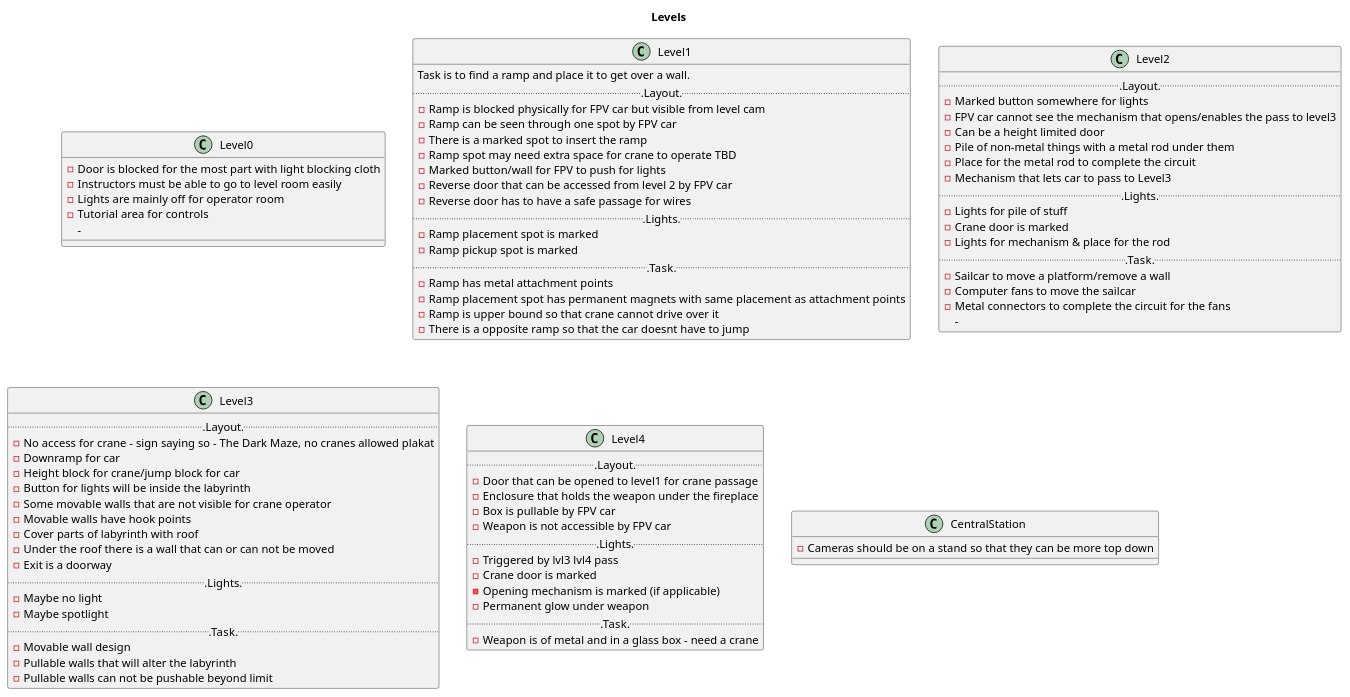
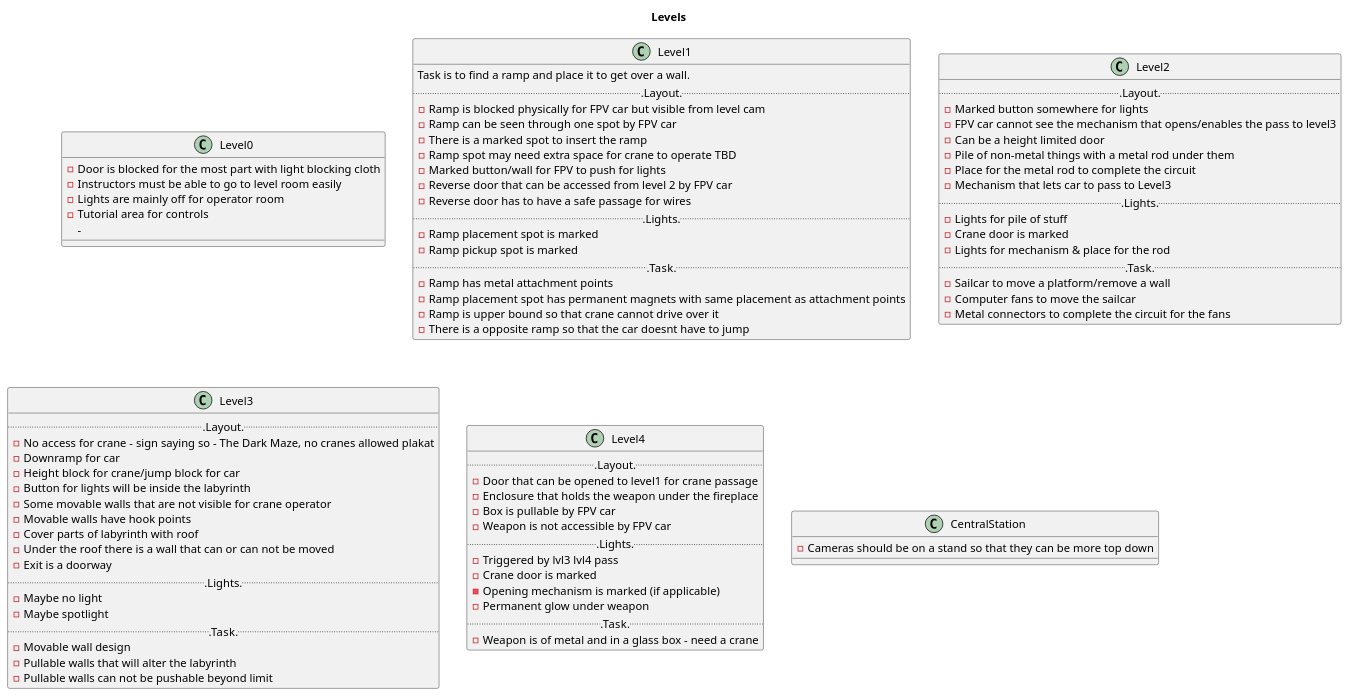
Before and after one commit to jellosubmarine/nimbus: the diagram in docs/diagrams/levels.puml, drawn with PlantUML. The commit also changed 1 other file, not shown here.

```diff
--- a/docs/diagrams/levels.puml
+++ b/docs/diagrams/levels.puml
@@ -1,90 +1,89 @@
 @startuml levels
 title Levels
 
 class Level0 {
   - Door is blocked for the most part with light blocking cloth
   - Instructors must be able to go to level room easily
   - Lights are mainly off for operator room
   - Tutorial area for controls
   - 
 }
 
 class Level1 {
    Task is to find a ramp and place it to get over a wall.
    ...Layout...
     - Ramp is blocked physically for FPV car but visible from level cam
     - Ramp can be seen through one spot by FPV car 
     - There is a marked spot to insert the ramp
     - Ramp spot may need extra space for crane to operate TBD
     - Marked button/wall for FPV to push for lights
     - Reverse door that can be accessed from level 2 by FPV car
     - Reverse door has to have a safe passage for wires
    ...Lights...
     - Ramp placement spot is marked
     - Ramp pickup spot is marked
    ...Task...
     - Ramp has metal attachment points
     - Ramp placement spot has permanent magnets with same placement as attachment points
     - Ramp is upper bound so that crane cannot drive over it
     - There is a opposite ramp so that the car doesnt have to jump
 }
 class Level2 {
   ...Layout...
     - Marked button somewhere for lights
     - FPV car cannot see the mechanism that opens/enables the pass to level3
     - Can be a height limited door
     - Pile of non-metal things with a metal rod under them
     - Place for the metal rod to complete the circuit
     - Mechanism that lets car to pass to Level3
   ...Lights...
     - Lights for pile of stuff
     - Crane door is marked
     - Lights for mechanism & place for the rod
   ...Task...
     - Sailcar to move a platform/remove a wall
     - Computer fans to move the sailcar
     - Metal connectors to complete the circuit for the fans
-    - 
 }
 class Level3 {
   ...Layout...
     - No access for crane - sign saying so - The Dark Maze, no cranes allowed plakat
     - Downramp for car
     - Height block for crane/jump block for car
     - Button for lights will be inside the labyrinth
     - Some movable walls that are not visible for crane operator
     - Movable walls have hook points
     - Cover parts of labyrinth with roof
     - Under the roof there is a wall that can or can not be moved
     - Exit is a doorway
   ...Lights...
     - Maybe no light
     - Maybe spotlight
   ...Task...
     - Movable wall design
     - Pullable walls that will alter the labyrinth
     - Pullable walls can not be pushable beyond limit
 }
 class Level4 {
   ...Layout...
     - Door that can be opened to level1 for crane passage
     - Enclosure that holds the weapon under the fireplace
     - Box is pullable by FPV car
     - Weapon is not accessible by FPV car
   ...Lights...
     - Triggered by lvl3 lvl4 pass
     - Crane door is marked
     - Opening mechanism is marked (if applicable)
     - Permanent glow under weapon
   ...Task...
     - Weapon is of metal and in a glass box - need a crane
 }
 
 class CentralStation {
   - Cameras should be on a stand so that they can be more top down
 }
 
 
 
 
 @enduml
```
